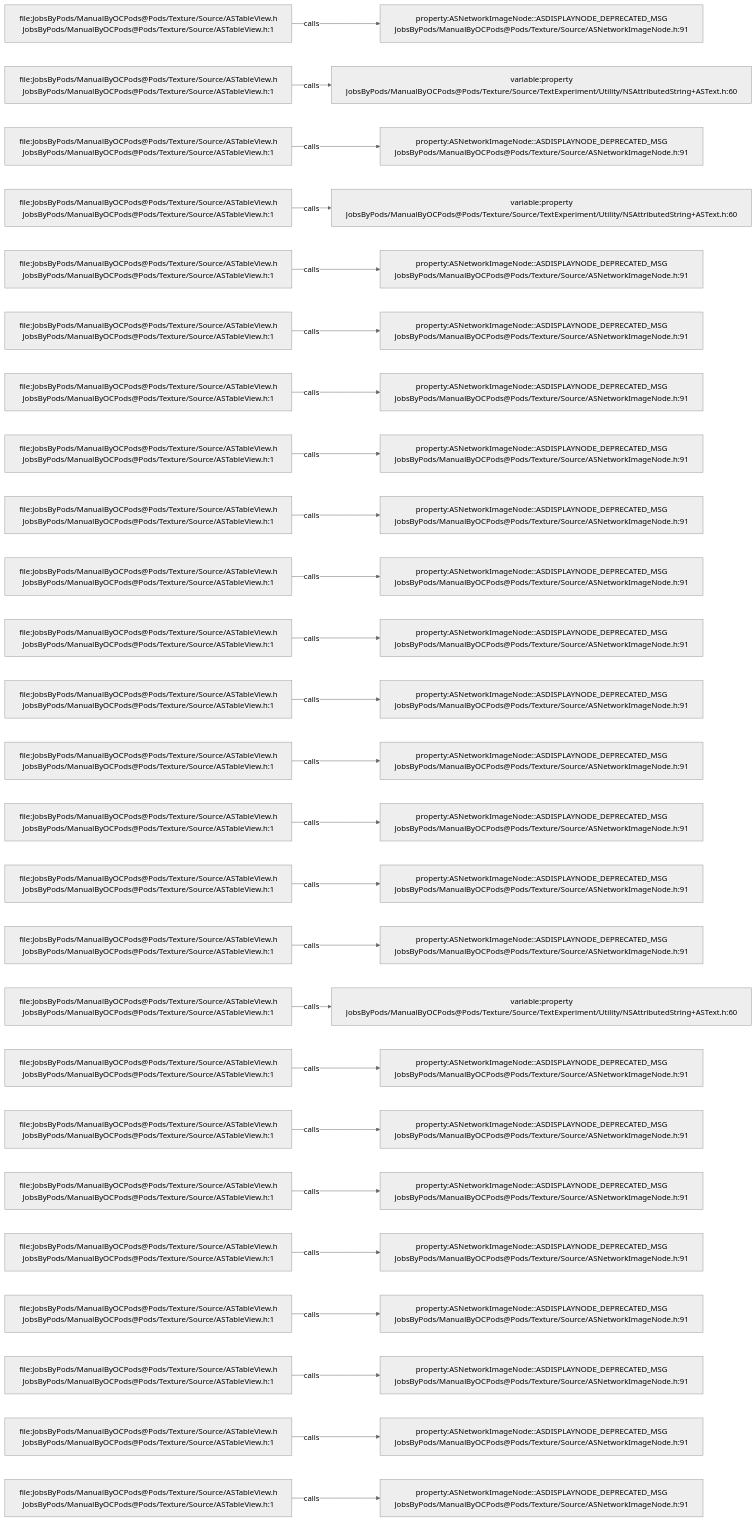
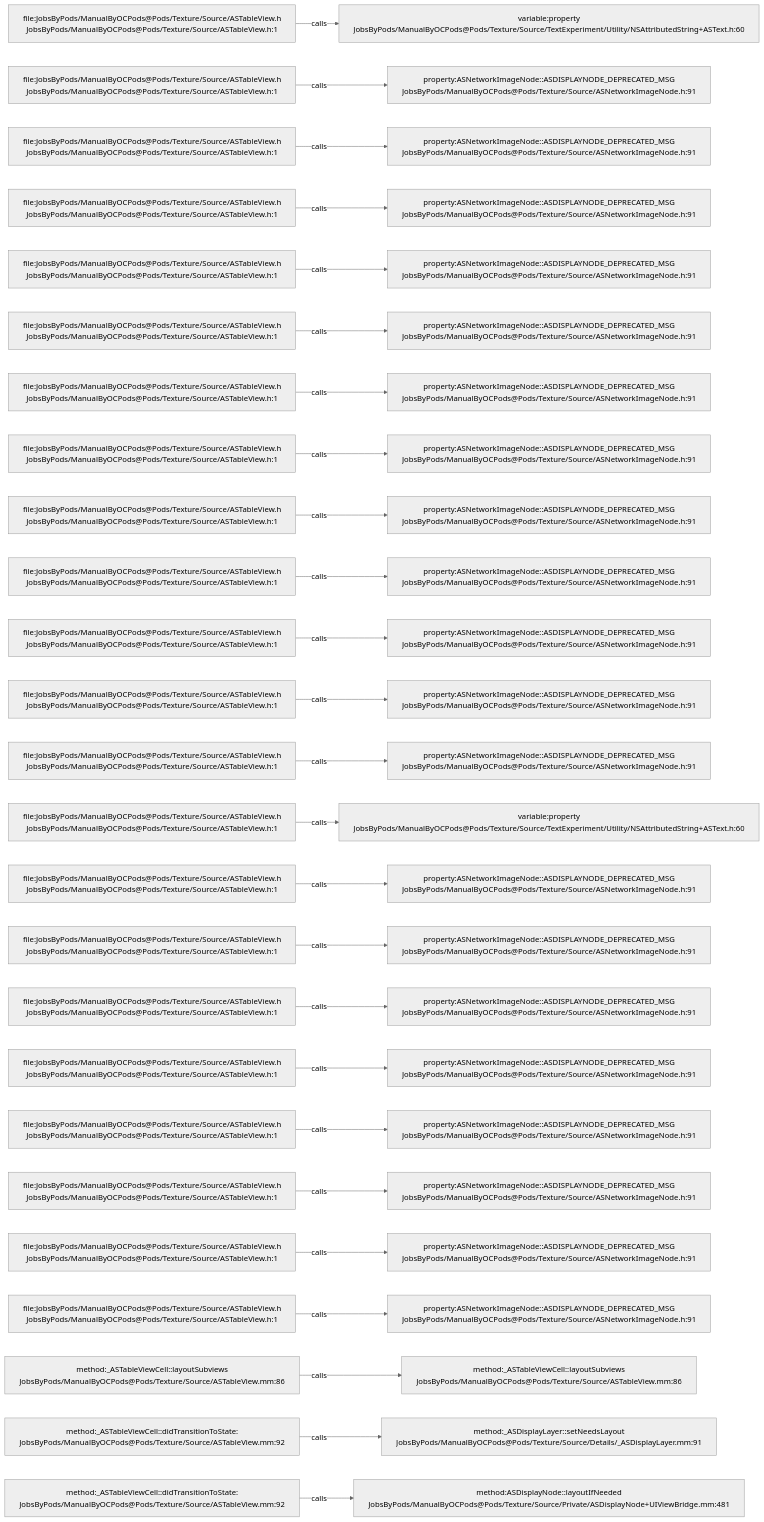
The diagram in .codegraph/codegraph.md/graphs/calls-127.md (JobsKits/JobsOCBaseConfigDemo), drawn with Mermaid (neutral theme) before and after one commit. The commit also changed 342 other files, not shown here.

````diff
--- a/.codegraph/codegraph.md/graphs/calls-127.md
+++ b/.codegraph/codegraph.md/graphs/calls-127.md
@@ -13,78 +13,78 @@
 ```mermaid
 flowchart LR
   S1["file:JobsByPods/ManualByOCPods@Pods/Texture/Source/ASTableView.h<br/>JobsByPods/ManualByOCPods@Pods/Texture/Source/ASTableView.h:1"]
-  T1["property:ASNetworkImageNode::ASDISPLAYNODE_DEPRECATED_MSG<br/>JobsByPods/ManualByOCPods@Pods/Texture/Source/ASNetworkImageNode.h:91"]
+  T1["variable:property<br/>JobsByPods/ManualByOCPods@Pods/Texture/Source/TextExperiment/Utility/NSAttributedString+ASText.h:60"]
   S1 -->|calls| T1
   S2["file:JobsByPods/ManualByOCPods@Pods/Texture/Source/ASTableView.h<br/>JobsByPods/ManualByOCPods@Pods/Texture/Source/ASTableView.h:1"]
-  T2["variable:property<br/>JobsByPods/ManualByOCPods@Pods/Texture/Source/TextExperiment/Utility/NSAttributedString+ASText.h:60"]
+  T2["property:ASNetworkImageNode::ASDISPLAYNODE_DEPRECATED_MSG<br/>JobsByPods/ManualByOCPods@Pods/Texture/Source/ASNetworkImageNode.h:91"]
   S2 -->|calls| T2
   S3["file:JobsByPods/ManualByOCPods@Pods/Texture/Source/ASTableView.h<br/>JobsByPods/ManualByOCPods@Pods/Texture/Source/ASTableView.h:1"]
   T3["property:ASNetworkImageNode::ASDISPLAYNODE_DEPRECATED_MSG<br/>JobsByPods/ManualByOCPods@Pods/Texture/Source/ASNetworkImageNode.h:91"]
   S3 -->|calls| T3
   S4["file:JobsByPods/ManualByOCPods@Pods/Texture/Source/ASTableView.h<br/>JobsByPods/ManualByOCPods@Pods/Texture/Source/ASTableView.h:1"]
-  T4["variable:property<br/>JobsByPods/ManualByOCPods@Pods/Texture/Source/TextExperiment/Utility/NSAttributedString+ASText.h:60"]
+  T4["property:ASNetworkImageNode::ASDISPLAYNODE_DEPRECATED_MSG<br/>JobsByPods/ManualByOCPods@Pods/Texture/Source/ASNetworkImageNode.h:91"]
   S4 -->|calls| T4
   S5["file:JobsByPods/ManualByOCPods@Pods/Texture/Source/ASTableView.h<br/>JobsByPods/ManualByOCPods@Pods/Texture/Source/ASTableView.h:1"]
   T5["property:ASNetworkImageNode::ASDISPLAYNODE_DEPRECATED_MSG<br/>JobsByPods/ManualByOCPods@Pods/Texture/Source/ASNetworkImageNode.h:91"]
   S5 -->|calls| T5
   S6["file:JobsByPods/ManualByOCPods@Pods/Texture/Source/ASTableView.h<br/>JobsByPods/ManualByOCPods@Pods/Texture/Source/ASTableView.h:1"]
   T6["property:ASNetworkImageNode::ASDISPLAYNODE_DEPRECATED_MSG<br/>JobsByPods/ManualByOCPods@Pods/Texture/Source/ASNetworkImageNode.h:91"]
   S6 -->|calls| T6
   S7["file:JobsByPods/ManualByOCPods@Pods/Texture/Source/ASTableView.h<br/>JobsByPods/ManualByOCPods@Pods/Texture/Source/ASTableView.h:1"]
   T7["property:ASNetworkImageNode::ASDISPLAYNODE_DEPRECATED_MSG<br/>JobsByPods/ManualByOCPods@Pods/Texture/Source/ASNetworkImageNode.h:91"]
   S7 -->|calls| T7
   S8["file:JobsByPods/ManualByOCPods@Pods/Texture/Source/ASTableView.h<br/>JobsByPods/ManualByOCPods@Pods/Texture/Source/ASTableView.h:1"]
   T8["property:ASNetworkImageNode::ASDISPLAYNODE_DEPRECATED_MSG<br/>JobsByPods/ManualByOCPods@Pods/Texture/Source/ASNetworkImageNode.h:91"]
   S8 -->|calls| T8
   S9["file:JobsByPods/ManualByOCPods@Pods/Texture/Source/ASTableView.h<br/>JobsByPods/ManualByOCPods@Pods/Texture/Source/ASTableView.h:1"]
   T9["property:ASNetworkImageNode::ASDISPLAYNODE_DEPRECATED_MSG<br/>JobsByPods/ManualByOCPods@Pods/Texture/Source/ASNetworkImageNode.h:91"]
   S9 -->|calls| T9
   S10["file:JobsByPods/ManualByOCPods@Pods/Texture/Source/ASTableView.h<br/>JobsByPods/ManualByOCPods@Pods/Texture/Source/ASTableView.h:1"]
   T10["property:ASNetworkImageNode::ASDISPLAYNODE_DEPRECATED_MSG<br/>JobsByPods/ManualByOCPods@Pods/Texture/Source/ASNetworkImageNode.h:91"]
   S10 -->|calls| T10
   S11["file:JobsByPods/ManualByOCPods@Pods/Texture/Source/ASTableView.h<br/>JobsByPods/ManualByOCPods@Pods/Texture/Source/ASTableView.h:1"]
   T11["property:ASNetworkImageNode::ASDISPLAYNODE_DEPRECATED_MSG<br/>JobsByPods/ManualByOCPods@Pods/Texture/Source/ASNetworkImageNode.h:91"]
   S11 -->|calls| T11
   S12["file:JobsByPods/ManualByOCPods@Pods/Texture/Source/ASTableView.h<br/>JobsByPods/ManualByOCPods@Pods/Texture/Source/ASTableView.h:1"]
   T12["property:ASNetworkImageNode::ASDISPLAYNODE_DEPRECATED_MSG<br/>JobsByPods/ManualByOCPods@Pods/Texture/Source/ASNetworkImageNode.h:91"]
   S12 -->|calls| T12
   S13["file:JobsByPods/ManualByOCPods@Pods/Texture/Source/ASTableView.h<br/>JobsByPods/ManualByOCPods@Pods/Texture/Source/ASTableView.h:1"]
   T13["property:ASNetworkImageNode::ASDISPLAYNODE_DEPRECATED_MSG<br/>JobsByPods/ManualByOCPods@Pods/Texture/Source/ASNetworkImageNode.h:91"]
   S13 -->|calls| T13
   S14["file:JobsByPods/ManualByOCPods@Pods/Texture/Source/ASTableView.h<br/>JobsByPods/ManualByOCPods@Pods/Texture/Source/ASTableView.h:1"]
-  T14["property:ASNetworkImageNode::ASDISPLAYNODE_DEPRECATED_MSG<br/>JobsByPods/ManualByOCPods@Pods/Texture/Source/ASNetworkImageNode.h:91"]
+  T14["variable:property<br/>JobsByPods/ManualByOCPods@Pods/Texture/Source/TextExperiment/Utility/NSAttributedString+ASText.h:60"]
   S14 -->|calls| T14
   S15["file:JobsByPods/ManualByOCPods@Pods/Texture/Source/ASTableView.h<br/>JobsByPods/ManualByOCPods@Pods/Texture/Source/ASTableView.h:1"]
   T15["property:ASNetworkImageNode::ASDISPLAYNODE_DEPRECATED_MSG<br/>JobsByPods/ManualByOCPods@Pods/Texture/Source/ASNetworkImageNode.h:91"]
   S15 -->|calls| T15
   S16["file:JobsByPods/ManualByOCPods@Pods/Texture/Source/ASTableView.h<br/>JobsByPods/ManualByOCPods@Pods/Texture/Source/ASTableView.h:1"]
   T16["property:ASNetworkImageNode::ASDISPLAYNODE_DEPRECATED_MSG<br/>JobsByPods/ManualByOCPods@Pods/Texture/Source/ASNetworkImageNode.h:91"]
   S16 -->|calls| T16
   S17["file:JobsByPods/ManualByOCPods@Pods/Texture/Source/ASTableView.h<br/>JobsByPods/ManualByOCPods@Pods/Texture/Source/ASTableView.h:1"]
-  T17["variable:property<br/>JobsByPods/ManualByOCPods@Pods/Texture/Source/TextExperiment/Utility/NSAttributedString+ASText.h:60"]
+  T17["property:ASNetworkImageNode::ASDISPLAYNODE_DEPRECATED_MSG<br/>JobsByPods/ManualByOCPods@Pods/Texture/Source/ASNetworkImageNode.h:91"]
   S17 -->|calls| T17
   S18["file:JobsByPods/ManualByOCPods@Pods/Texture/Source/ASTableView.h<br/>JobsByPods/ManualByOCPods@Pods/Texture/Source/ASTableView.h:1"]
   T18["property:ASNetworkImageNode::ASDISPLAYNODE_DEPRECATED_MSG<br/>JobsByPods/ManualByOCPods@Pods/Texture/Source/ASNetworkImageNode.h:91"]
   S18 -->|calls| T18
   S19["file:JobsByPods/ManualByOCPods@Pods/Texture/Source/ASTableView.h<br/>JobsByPods/ManualByOCPods@Pods/Texture/Source/ASTableView.h:1"]
   T19["property:ASNetworkImageNode::ASDISPLAYNODE_DEPRECATED_MSG<br/>JobsByPods/ManualByOCPods@Pods/Texture/Source/ASNetworkImageNode.h:91"]
   S19 -->|calls| T19
   S20["file:JobsByPods/ManualByOCPods@Pods/Texture/Source/ASTableView.h<br/>JobsByPods/ManualByOCPods@Pods/Texture/Source/ASTableView.h:1"]
   T20["property:ASNetworkImageNode::ASDISPLAYNODE_DEPRECATED_MSG<br/>JobsByPods/ManualByOCPods@Pods/Texture/Source/ASNetworkImageNode.h:91"]
   S20 -->|calls| T20
   S21["file:JobsByPods/ManualByOCPods@Pods/Texture/Source/ASTableView.h<br/>JobsByPods/ManualByOCPods@Pods/Texture/Source/ASTableView.h:1"]
   T21["property:ASNetworkImageNode::ASDISPLAYNODE_DEPRECATED_MSG<br/>JobsByPods/ManualByOCPods@Pods/Texture/Source/ASNetworkImageNode.h:91"]
   S21 -->|calls| T21
   S22["file:JobsByPods/ManualByOCPods@Pods/Texture/Source/ASTableView.h<br/>JobsByPods/ManualByOCPods@Pods/Texture/Source/ASTableView.h:1"]
   T22["property:ASNetworkImageNode::ASDISPLAYNODE_DEPRECATED_MSG<br/>JobsByPods/ManualByOCPods@Pods/Texture/Source/ASNetworkImageNode.h:91"]
   S22 -->|calls| T22
-  S23["file:JobsByPods/ManualByOCPods@Pods/Texture/Source/ASTableView.h<br/>JobsByPods/ManualByOCPods@Pods/Texture/Source/ASTableView.h:1"]
-  T23["property:ASNetworkImageNode::ASDISPLAYNODE_DEPRECATED_MSG<br/>JobsByPods/ManualByOCPods@Pods/Texture/Source/ASNetworkImageNode.h:91"]
+  S23["method:_ASTableViewCell::layoutSubviews<br/>JobsByPods/ManualByOCPods@Pods/Texture/Source/ASTableView.mm:86"]
+  T23["method:_ASTableViewCell::layoutSubviews<br/>JobsByPods/ManualByOCPods@Pods/Texture/Source/ASTableView.mm:86"]
   S23 -->|calls| T23
-  S24["file:JobsByPods/ManualByOCPods@Pods/Texture/Source/ASTableView.h<br/>JobsByPods/ManualByOCPods@Pods/Texture/Source/ASTableView.h:1"]
-  T24["property:ASNetworkImageNode::ASDISPLAYNODE_DEPRECATED_MSG<br/>JobsByPods/ManualByOCPods@Pods/Texture/Source/ASNetworkImageNode.h:91"]
+  S24["method:_ASTableViewCell::didTransitionToState:<br/>JobsByPods/ManualByOCPods@Pods/Texture/Source/ASTableView.mm:92"]
+  T24["method:_ASDisplayLayer::setNeedsLayout<br/>JobsByPods/ManualByOCPods@Pods/Texture/Source/Details/_ASDisplayLayer.mm:91"]
   S24 -->|calls| T24
-  S25["file:JobsByPods/ManualByOCPods@Pods/Texture/Source/ASTableView.h<br/>JobsByPods/ManualByOCPods@Pods/Texture/Source/ASTableView.h:1"]
-  T25["property:ASNetworkImageNode::ASDISPLAYNODE_DEPRECATED_MSG<br/>JobsByPods/ManualByOCPods@Pods/Texture/Source/ASNetworkImageNode.h:91"]
+  S25["method:_ASTableViewCell::didTransitionToState:<br/>JobsByPods/ManualByOCPods@Pods/Texture/Source/ASTableView.mm:92"]
+  T25["method:ASDisplayNode::layoutIfNeeded<br/>JobsByPods/ManualByOCPods@Pods/Texture/Source/Private/ASDisplayNode+UIViewBridge.mm:481"]
   S25 -->|calls| T25
 ```
````
